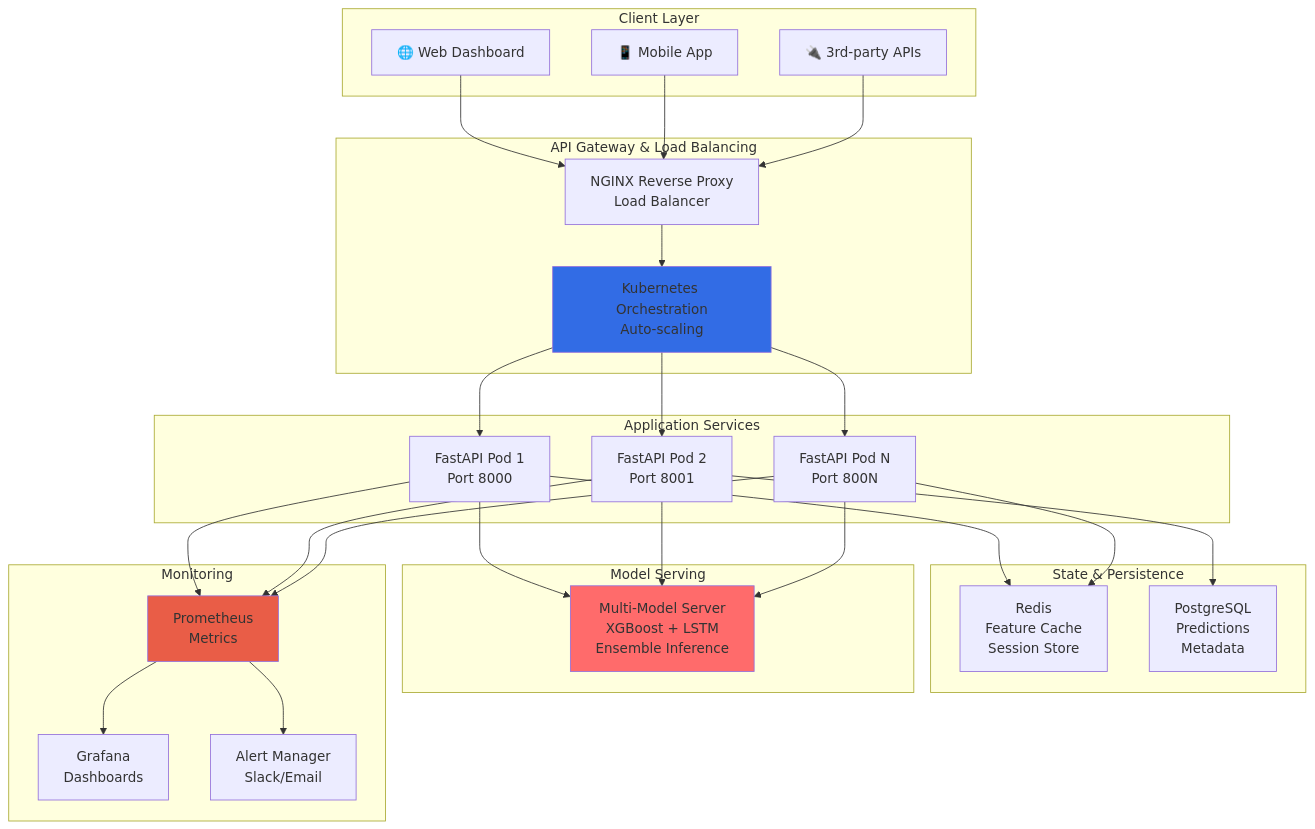
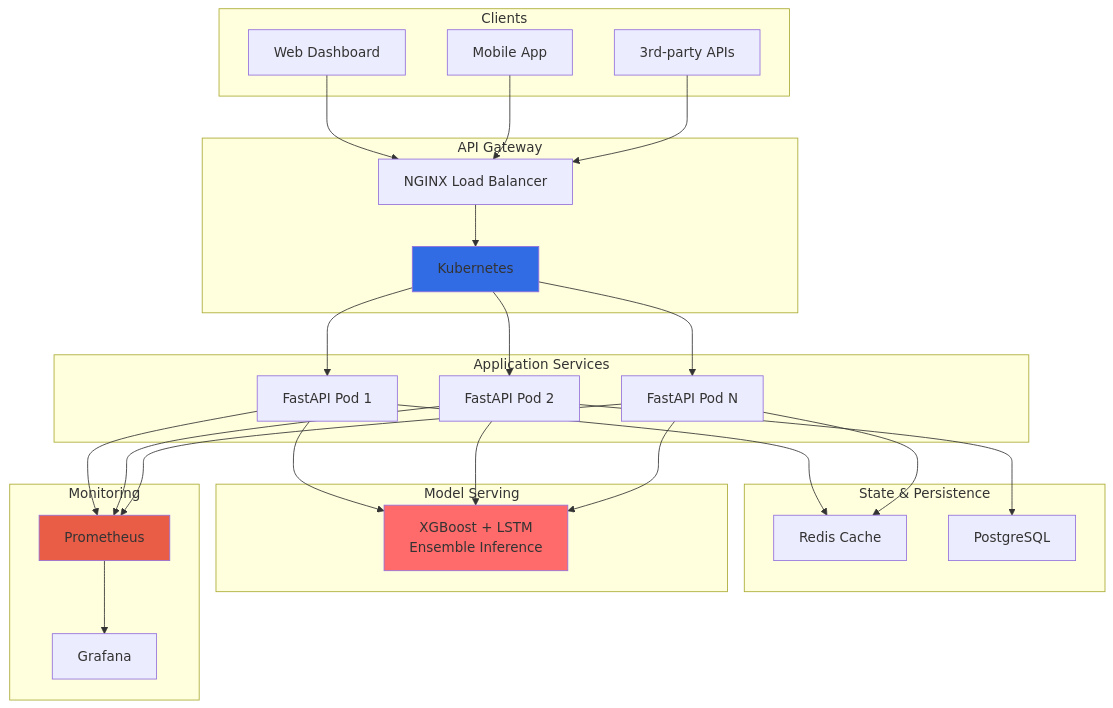
Before and after one commit to atikulmunna/predictive-maintenance-mlops: the fifth of 5 diagrams in assets/architecture.md, drawn with Mermaid. The commit also changed other lines of this file, not shown here.

Commit message:
fix: Simplify Mermaid diagrams - remove emoji and complex styling for better compatibility

````diff
--- a/assets/architecture.md
+++ b/assets/architecture.md
@@ -154,57 +135,55 @@
 ```mermaid
 graph TB
-    subgraph "Client Layer"
-        WEB["🌐 Web Dashboard"]
-        MOBILE["📱 Mobile App"]
-        API_CLIENT["🔌 3rd-party APIs"]
+    subgraph Clients["Clients"]
+        WEB["Web Dashboard"]
+        MOBILE["Mobile App"]
+        API_C["3rd-party APIs"]
     end
     
-    subgraph "API Gateway & Load Balancing"
-        NGINX["NGINX Reverse Proxy<br/>Load Balancer"]
-        K8S["Kubernetes Orchestration<br/>Auto-scaling"]
+    subgraph Gateway["API Gateway"]
+        NGINX["NGINX Load Balancer"]
+        K8S["Kubernetes"]
     end
     
-    subgraph "Application Services"
-        API1["FastAPI Pod 1<br/>Port 8000"]
-        API2["FastAPI Pod 2<br/>Port 8001"]
-        API3["FastAPI Pod N<br/>Port 800N"]
+    subgraph Services["Application Services"]
+        API1["FastAPI Pod 1"]
+        API2["FastAPI Pod 2"]
+        API3["FastAPI Pod N"]
     end
     
-    subgraph "State & Persistence"
-        REDIS["Redis<br/>Feature Cache<br/>Session Store"]
-        POSTGRES["PostgreSQL<br/>Predictions<br/>Metadata"]
+    subgraph Data["State & Persistence"]
+        REDIS["Redis Cache"]
+        POSTGRES["PostgreSQL"]
     end
     
-    subgraph "Model Serving"
-        MLSERVER["Multi-Model Server<br/>XGBoost + LSTM<br/>Ensemble Inference"]
+    subgraph Models["Model Serving"]
+        MLSERVER["XGBoost + LSTM<br/>Ensemble Inference"]
     end
     
-    subgraph "Monitoring"
-        PROM_SVC["Prometheus<br/>Metrics"]
-        GRAFANA_SVC["Grafana<br/>Dashboards"]
-        ALERT["Alert Manager<br/>Slack/Email"]
+    subgraph Monitoring["Monitoring"]
+        PROM["Prometheus"]
+        GRAFANA["Grafana"]
     end
     
     WEB-->NGINX
     MOBILE-->NGINX
-    API_CLIENT-->NGINX
+    API_C-->NGINX
     NGINX-->K8S
     K8S-->API1
     K8S-->API2
     K8S-->API3
     API1-->MLSERVER
     API2-->MLSERVER
     API3-->MLSERVER
     API1-->REDIS
     API2-->POSTGRES
     API3-->REDIS
-    API1-->PROM_SVC
-    API2-->PROM_SVC
-    API3-->PROM_SVC
-    PROM_SVC-->GRAFANA_SVC
-    PROM_SVC-->ALERT
+    API1-->PROM
+    API2-->PROM
+    API3-->PROM
+    PROM-->GRAFANA
     
     style K8S fill:#326CE5
     style MLSERVER fill:#FF6B6B
-    style PROM_SVC fill:#E95D47
+    style PROM fill:#E95D47
 ```
````
